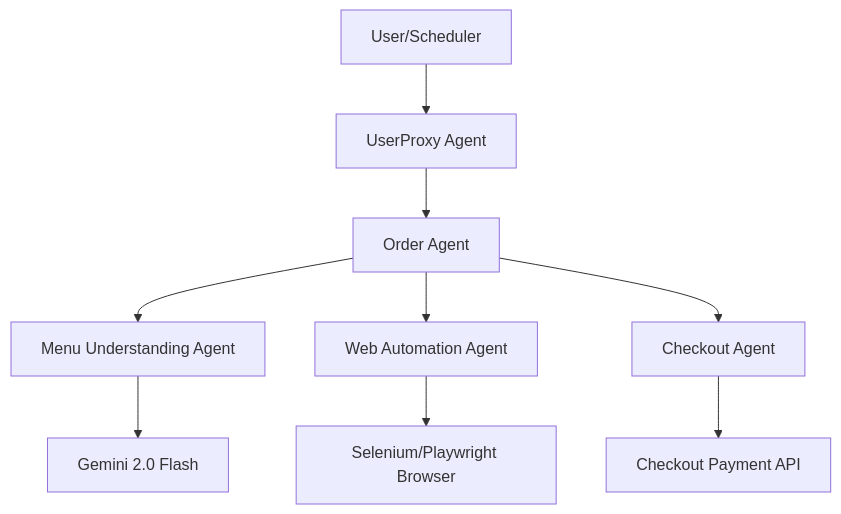
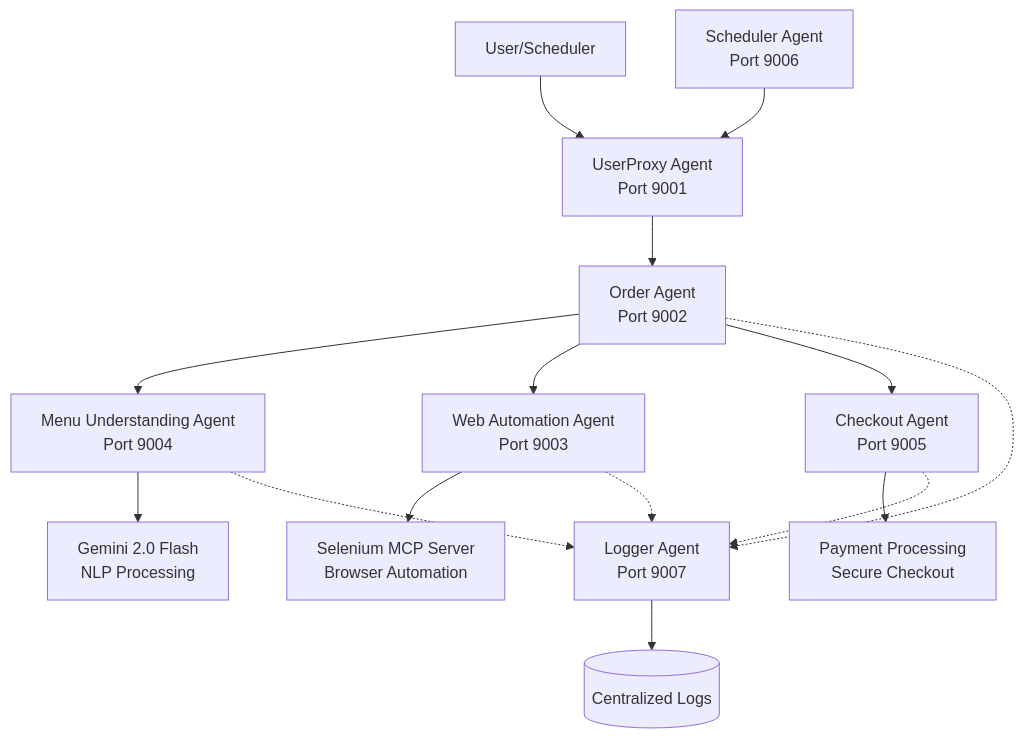
Before and after one commit to Raghuram-sekar/AI-Agents-McDonalds: the first of 2 diagrams in README.md, drawn with Mermaid. The commit also changed other lines of this file, not shown here.

````diff
--- a/README.md
+++ b/README.md
@@ -45,11 +104,21 @@
 ```mermaid
 graph TB
-    User[User/Scheduler] --> UserProxy[UserProxy Agent]
-    UserProxy --> OrderAgent[Order Agent]
-    OrderAgent --> MenuAgent[Menu Understanding Agent]
-    OrderAgent --> WebAgent[Web Automation Agent]
-    OrderAgent --> CheckoutAgent[Checkout Agent]
-    WebAgent --> Selenium[Selenium/Playwright Browser]
-    MenuAgent --> Gemini[Gemini 2.0 Flash]
-    CheckoutAgent --> PaymentAPI[Checkout Payment API]
+    User[User/Scheduler] --> UserProxy[UserProxy Agent<br/>Port 9001]
+    UserProxy --> OrderAgent[Order Agent<br/>Port 9002]
+    
+    OrderAgent --> MenuAgent[Menu Understanding Agent<br/>Port 9004]
+    OrderAgent --> WebAgent[Web Automation Agent<br/>Port 9003]
+    OrderAgent --> CheckoutAgent[Checkout Agent<br/>Port 9005]
+    
+    WebAgent --> Selenium[Selenium MCP Server<br/>Browser Automation]
+    MenuAgent --> Gemini[Gemini 2.0 Flash<br/>NLP Processing]
+    CheckoutAgent --> PaymentAPI[Payment Processing<br/>Secure Checkout]
+    
+    SchedulerAgent[Scheduler Agent<br/>Port 9006] --> UserProxy
+    LoggerAgent[Logger Agent<br/>Port 9007] --> Database[(Centralized Logs)]
+    
+    OrderAgent -.-> LoggerAgent
+    WebAgent -.-> LoggerAgent
+    MenuAgent -.-> LoggerAgent
+    CheckoutAgent -.-> LoggerAgent
 ```
````
